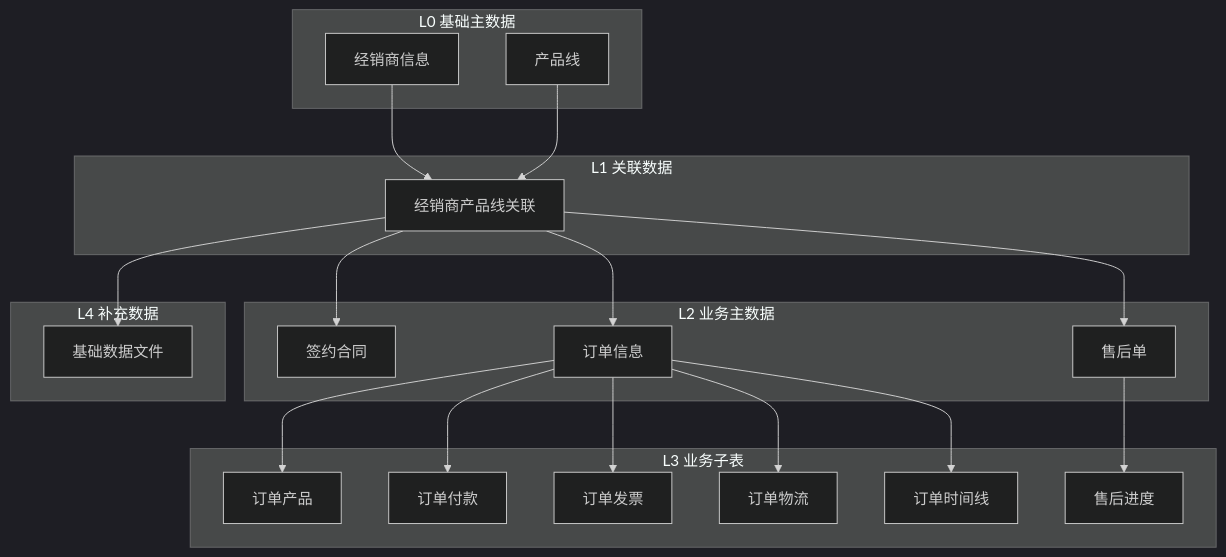
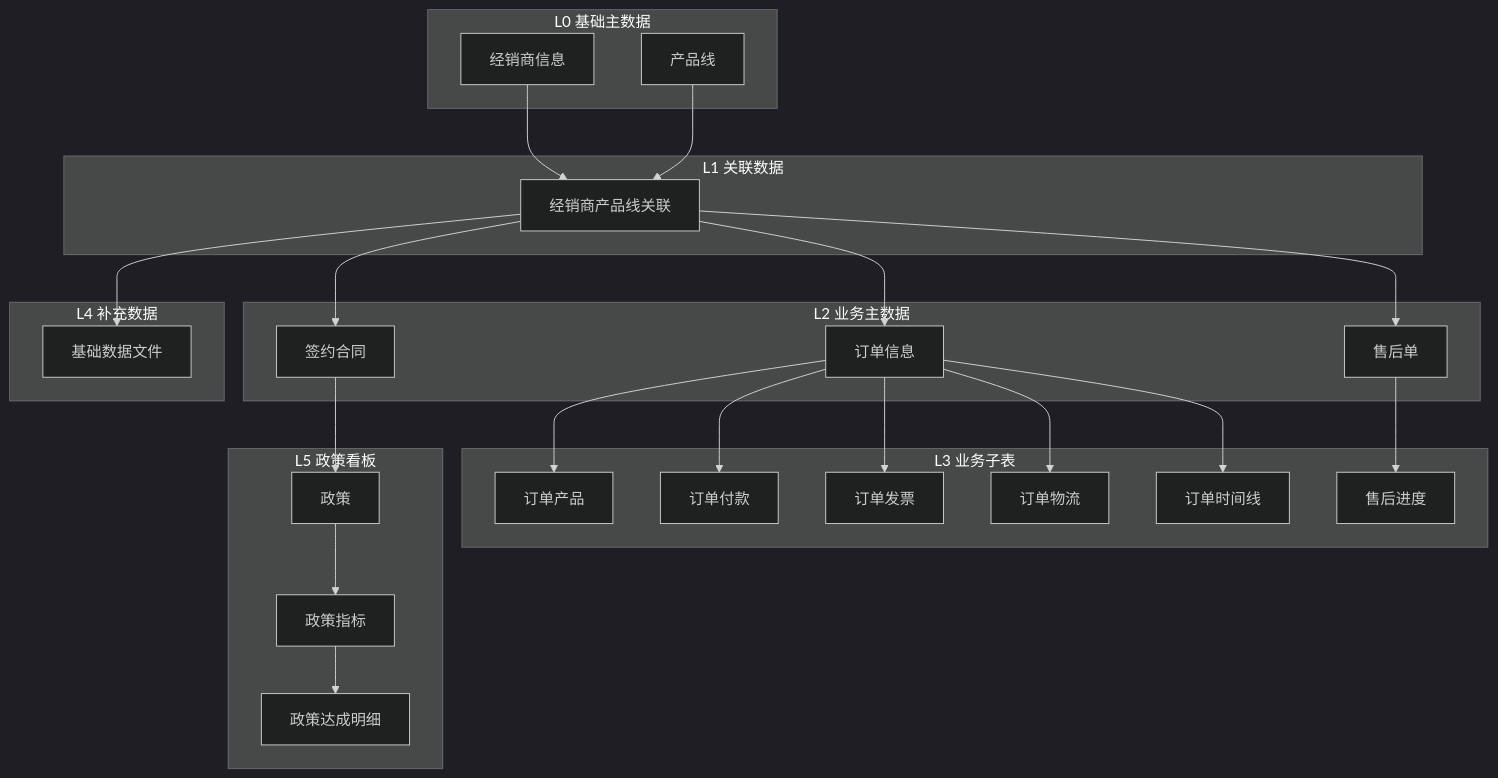
Before and after one commit to xiaoche80s-tech/rouyi-vue-pro: the sixth of 10 diagrams in .qoder/repowiki/zh/content/核心模块/Excel批量导入功能.md, drawn with Mermaid (dark theme). The commit also changed other lines of this file and 900 other files, not shown here.

````diff
--- a/.qoder/repowiki/zh/content/核心模块/Excel批量导入功能.md
+++ b/.qoder/repowiki/zh/content/核心模块/Excel批量导入功能.md
@@ -290,38 +370,46 @@
 ```mermaid
 graph TB
 subgraph "L0 基础主数据"
 L0_1[经销商信息]
 L0_2[产品线]
 end
 subgraph "L1 关联数据"
 L1_1[经销商产品线关联]
 end
 subgraph "L2 业务主数据"
 L2_1[签约合同]
 L2_2[订单信息]
 L2_3[售后单]
 end
 subgraph "L3 业务子表"
 L3_1[订单产品]
 L3_2[订单付款]
 L3_3[订单发票]
 L3_4[订单物流]
 L3_5[订单时间线]
 L3_6[售后进度]
 end
 subgraph "L4 补充数据"
 L4_1[基础数据文件]
 end
+subgraph "L5 政策看板"
+L5_1[政策]
+L5_2[政策指标]
+L5_3[政策达成明细]
+end
 L0_1 --> L1_1
 L0_2 --> L1_1
 L1_1 --> L2_1
 L1_1 --> L2_2
 L1_1 --> L2_3
 L2_2 --> L3_1
 L2_2 --> L3_2
 L2_2 --> L3_3
 L2_2 --> L3_4
 L2_2 --> L3_5
 L2_3 --> L3_6
 L1_1 --> L4_1
+L2_1 --> L5_1
+L5_1 --> L5_2
+L5_2 --> L5_3
 ```
````
